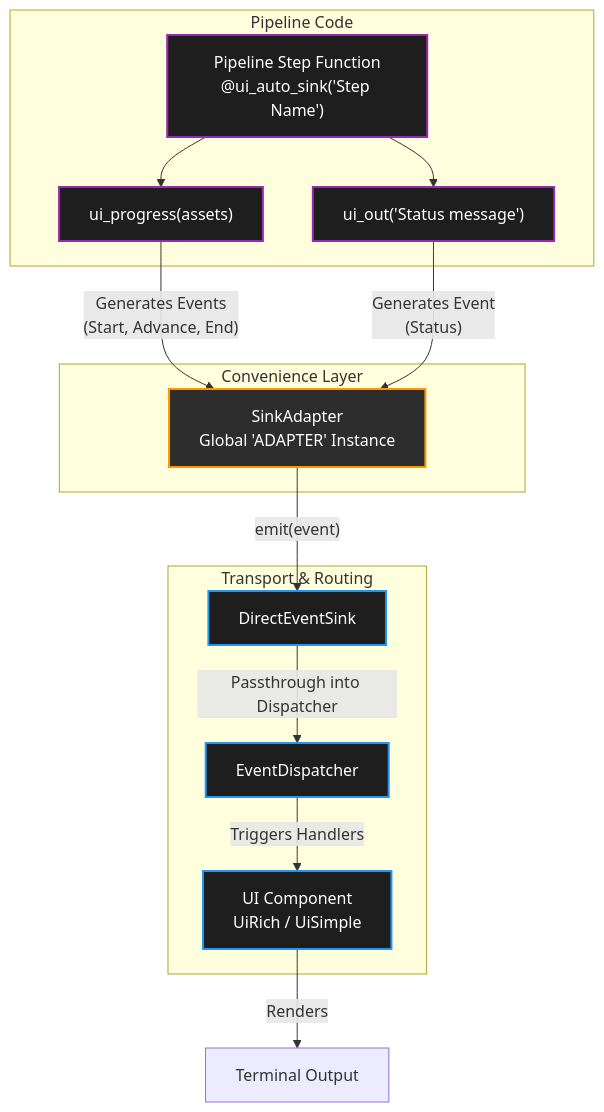
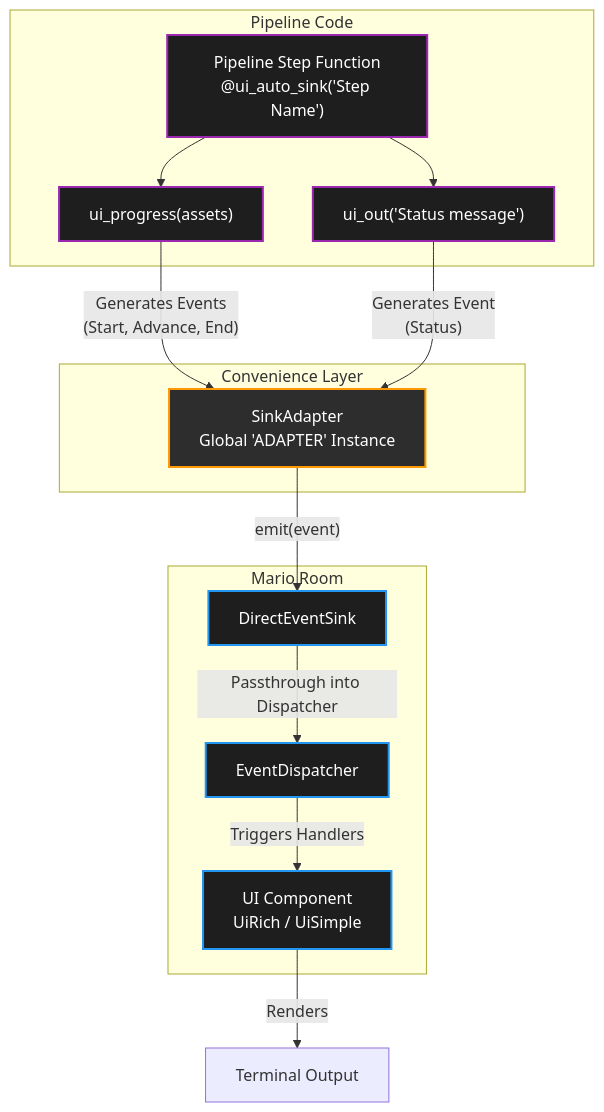
One commit to shaperones0/clunkster changed the second of 2 diagrams in README.md. Above: the diagram before and after it, drawn with Mermaid. The commit also changed other lines of this file and 2 other files, not shown here.

````diff
--- a/README.md
+++ b/README.md
@@ -909,37 +909,37 @@
 ```mermaid
 graph TD
     subgraph Pipeline Code
         Step["Pipeline Step Function<br/>@ui_auto_sink('Step Name')"]
         UI_PROG["ui_progress(assets)"]
         UI_OUT["ui_out('Status message')"]
 
         Step --> UI_PROG
         Step --> UI_OUT
     end
 
     subgraph Convenience Layer
         SA[SinkAdapter<br/>Global 'ADAPTER' Instance]
     end
 
-    subgraph Transport & Routing
+    subgraph Mario Room
         DS[DirectEventSink]
         ED[EventDispatcher]
         UI_SYNC[UI Component<br/>UiRich / UiSimple]
     end
 
     UI_PROG -- "Generates Events<br/>(Start, Advance, End)" --> SA
     UI_OUT -- "Generates Event<br/>(Status)" --> SA
 
     SA -- "emit(event)" --> DS
     DS -- "Passthrough into Dispatcher" --> ED
     ED -- "Triggers Handlers" --> UI_SYNC
     UI_SYNC -- "Renders" --> Term[Terminal Output]
 
     classDef dev fill:#1e1e1e,stroke:#9C27B0,stroke-width:2px,color:#fff;
     classDef conv fill:#2d2d2d,stroke:#FF9800,stroke-width:2px,color:#fff;
     classDef core fill:#1e1e1e,stroke:#2196F3,stroke-width:2px,color:#fff;
 
     class Step,UI_PROG,UI_OUT dev;
     class SA conv;
     class DS,ED,UI_SYNC core;
 ```
````
